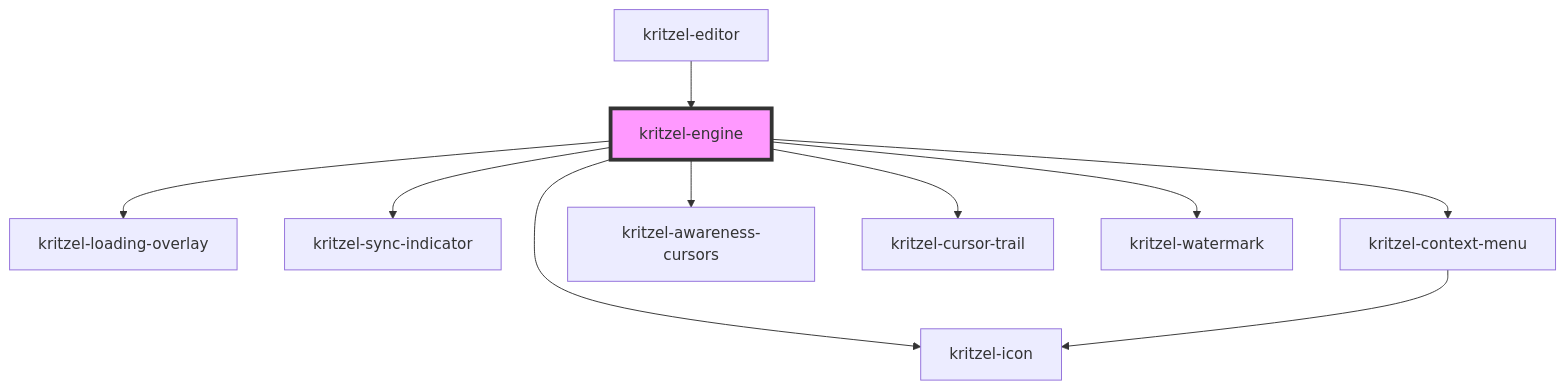
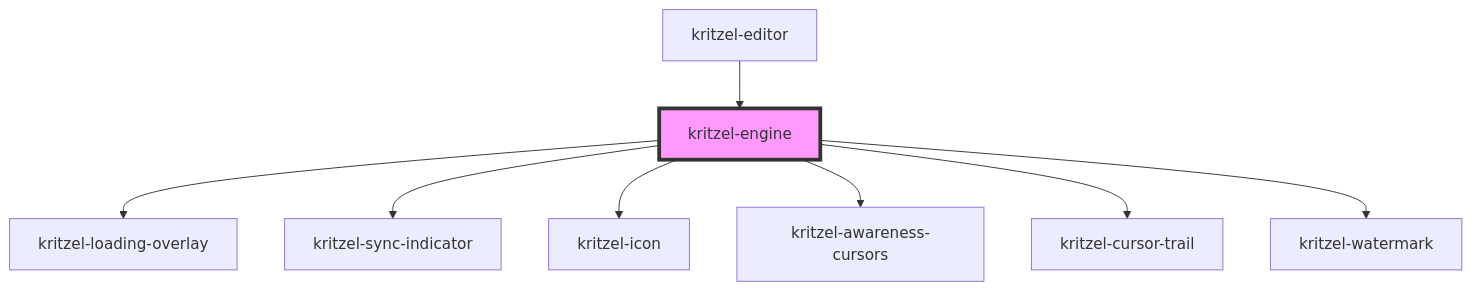
The diagram in libs/kritzel-stencil/src/components/core/kritzel-engine/readme.md (kasual1/kritzel), drawn with Mermaid before and after one commit. The commit also changed other lines of this file and 3 other files, not shown here.

Commit message:
#372: Fix context-menu related e2e test by not checking in kritzel-engine but in kritzel-editor for presence

````diff
--- a/libs/kritzel-stencil/src/components/core/kritzel-engine/readme.md
+++ b/libs/kritzel-stencil/src/components/core/kritzel-engine/readme.md
@@ -1212,13 +1212,11 @@
 ```mermaid
 graph TD;
   kritzel-engine --> kritzel-loading-overlay
   kritzel-engine --> kritzel-sync-indicator
   kritzel-engine --> kritzel-icon
-  kritzel-engine --> kritzel-context-menu
   kritzel-engine --> kritzel-awareness-cursors
   kritzel-engine --> kritzel-cursor-trail
   kritzel-engine --> kritzel-watermark
-  kritzel-context-menu --> kritzel-icon
   kritzel-editor --> kritzel-engine
   style kritzel-engine fill:#f9f,stroke:#333,stroke-width:4px
 ```
````
